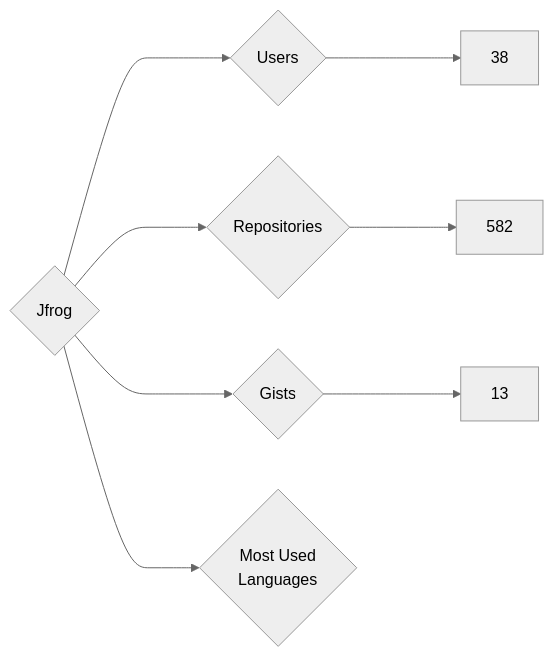
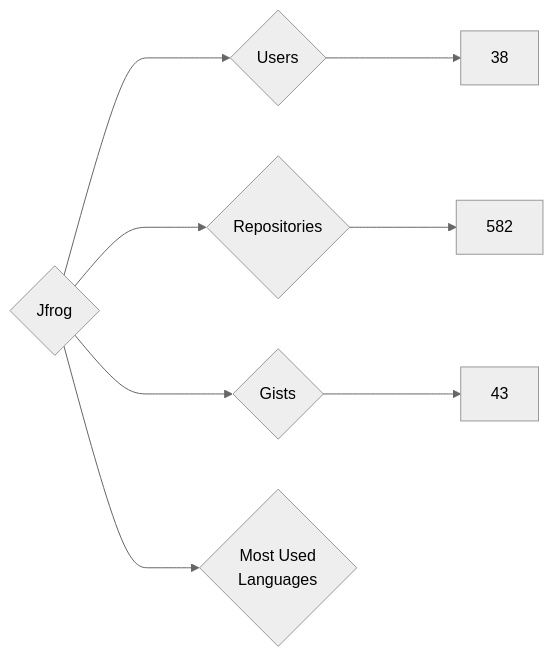
Before and after one commit to nenadzaric/insiders: the diagram in targets/Jfrog/README.md, drawn with Mermaid (neutral theme). The commit also changed 1342 other files, not shown here.

````diff
--- a/targets/Jfrog/README.md
+++ b/targets/Jfrog/README.md
@@ -3,8 +3,8 @@
 ```mermaid
 graph LR
 COMPANY_NAME{Jfrog}
 COMPANY_NAME ---> U{Users} ---> UN[38]
 COMPANY_NAME ---> R{Repositories} ---> RN[582]
-COMPANY_NAME ---> G{Gists} ---> GN[13]
+COMPANY_NAME ---> G{Gists} ---> GN[43]
 COMPANY_NAME ---> ML{Most Used<br>Languages}
 ```
````
